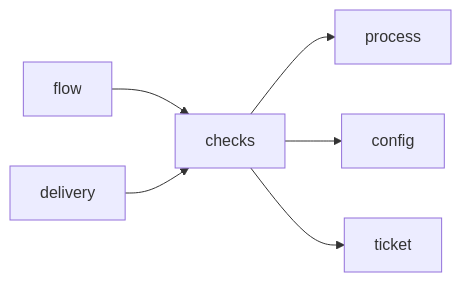
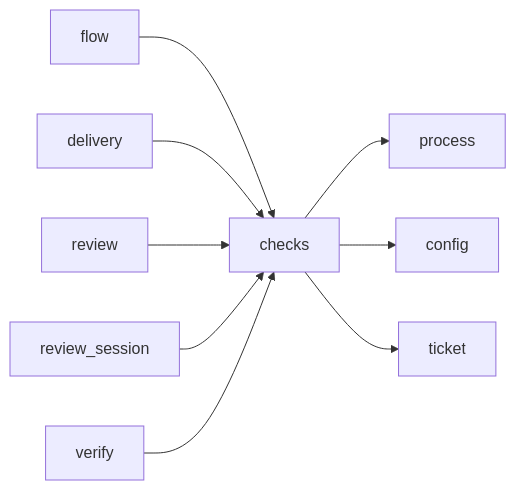
Before and after one commit to plaplanche/ariane: the diagram in docs/architecture/modules/checks.md, drawn with Mermaid. The commit also changed 25 other files, not shown here.

````diff
--- a/docs/architecture/modules/checks.md
+++ b/docs/architecture/modules/checks.md
@@ -16,8 +16,11 @@
 ```mermaid
 flowchart LR
   checks --> process
   checks --> config
   checks --> ticket
   flow --> checks
   delivery --> checks
+  review --> checks
+  review_session --> checks
+  verify --> checks
 ```
````
